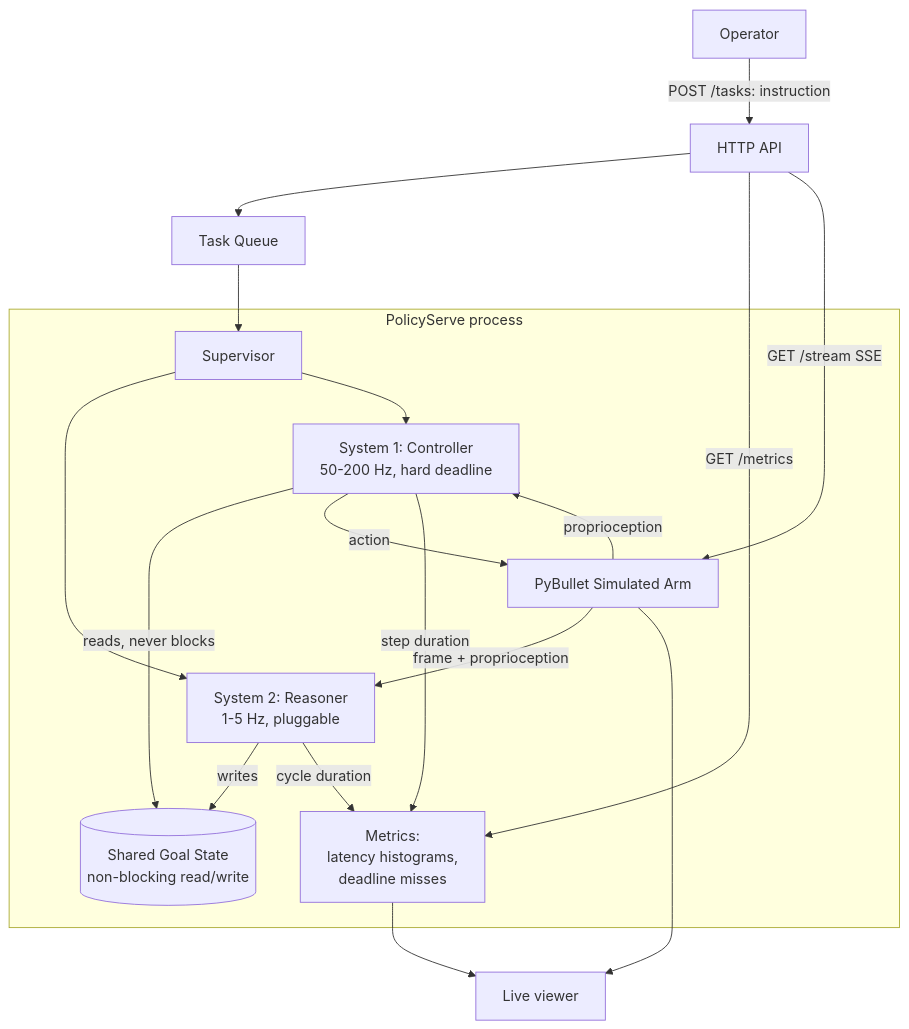
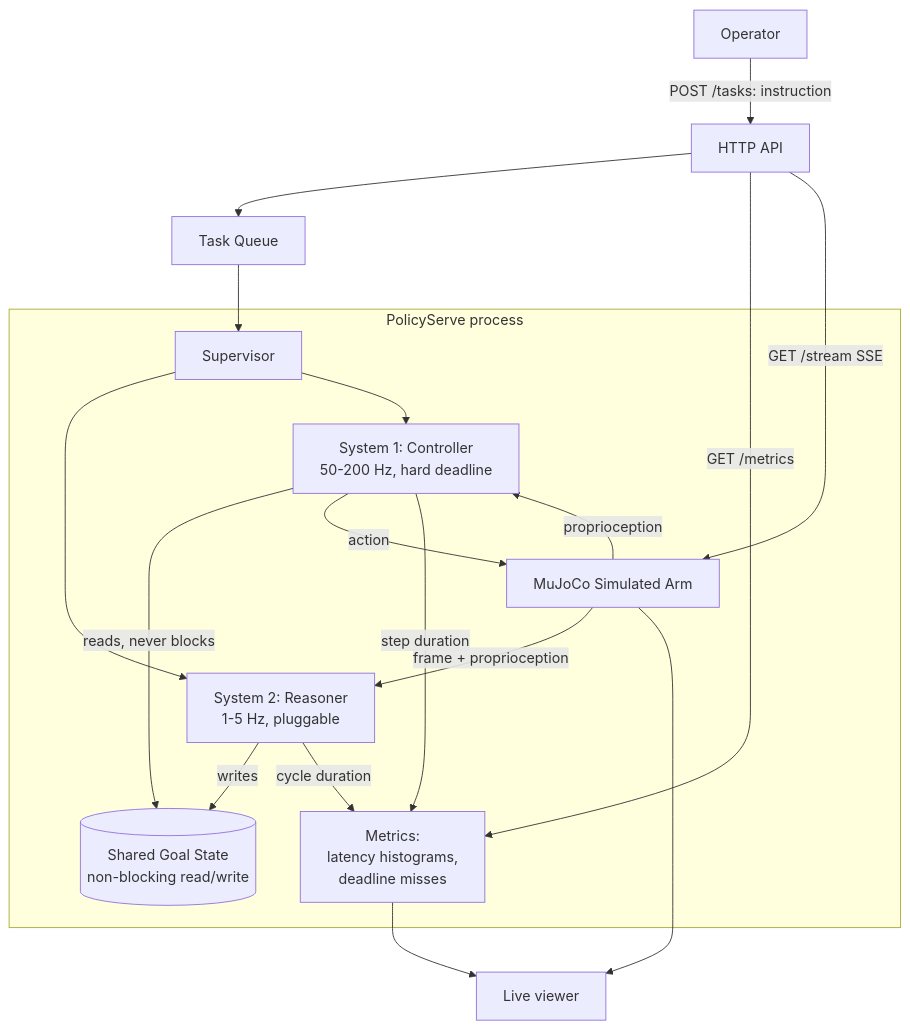
Before and after one commit to akshar27/policyserve: the diagram in docs/system-design.md, drawn with Mermaid. The commit also changed other lines of this file and 1 other file, not shown here.

Commit message:
Swap PyBullet for MuJoCo (real build failure on this machine's SDK)

````diff
--- a/docs/system-design.md
+++ b/docs/system-design.md
@@ -126,23 +138,23 @@
 ```mermaid
 flowchart TB
     OP[Operator] -->|POST /tasks: instruction| API[HTTP API]
     API --> TQ[Task Queue]
     TQ --> SUP[Supervisor]
 
     subgraph PS["PolicyServe process"]
         SUP --> S2[System 2: Reasoner<br/>1-5 Hz, pluggable]
         SUP --> S1[System 1: Controller<br/>50-200 Hz, hard deadline]
         S2 -->|writes| GS[(Shared Goal State<br/>non-blocking read/write)]
         S1 -->|reads, never blocks| GS
-        S1 -->|action| SIM[PyBullet Simulated Arm]
+        S1 -->|action| SIM[MuJoCo Simulated Arm]
         SIM -->|frame + proprioception| S2
         SIM -->|proprioception| S1
         S1 -->|step duration| MET[Metrics:<br/>latency histograms,<br/>deadline misses]
         S2 -->|cycle duration| MET
     end
 
     API -->|GET /metrics| MET
     API -->|GET /stream SSE| SIM
     MET --> VIEW[Live viewer]
     SIM --> VIEW
 ```
````
